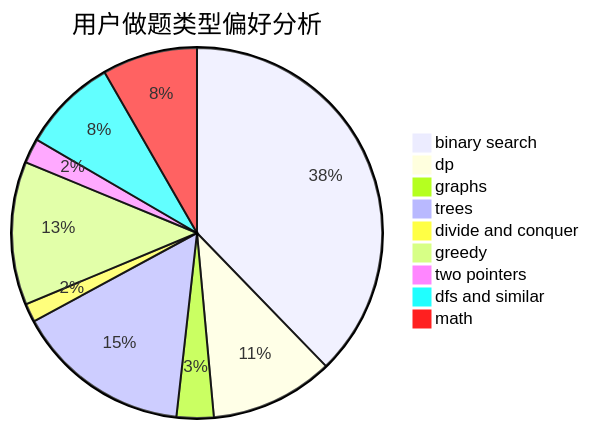
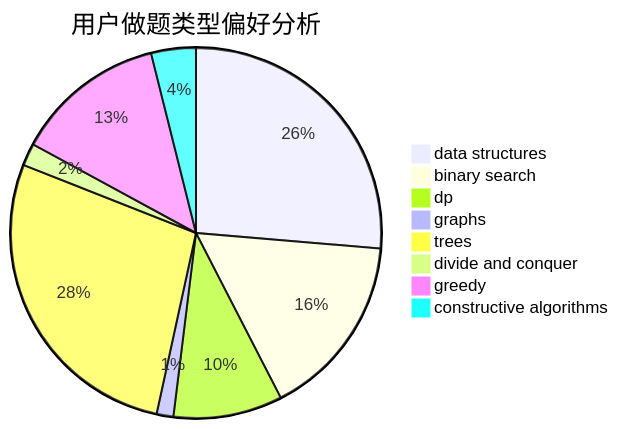
The second of 3 diagrams in docs/user/u940.md (sherpahu/cfrs.github.io), drawn with Mermaid before and after one commit. The commit also changed other lines of this file and 2775 other files, not shown here.

````diff
--- a/docs/user/u940.md
+++ b/docs/user/u940.md
@@ -23,12 +23,11 @@
 ```mermaid
 pie title 用户做题类型偏好分析
-    "binary search" :  350
-    "dp" :  100
-    "graphs" :  30
-    "trees" :  142
-    "divide and conquer" :  15
-    "greedy" :  116
-    "two pointers" :  20
-    "dfs and similar" :  77
-    "math" :  77
+    "data structures" :  108
+    "binary search" :  66
+    "dp" :  39
+    "graphs" :  6
+    "trees" :  113
+    "divide and conquer" :  8
+    "greedy" :  54
+    "constructive algorithms" :  16
 ```
````
